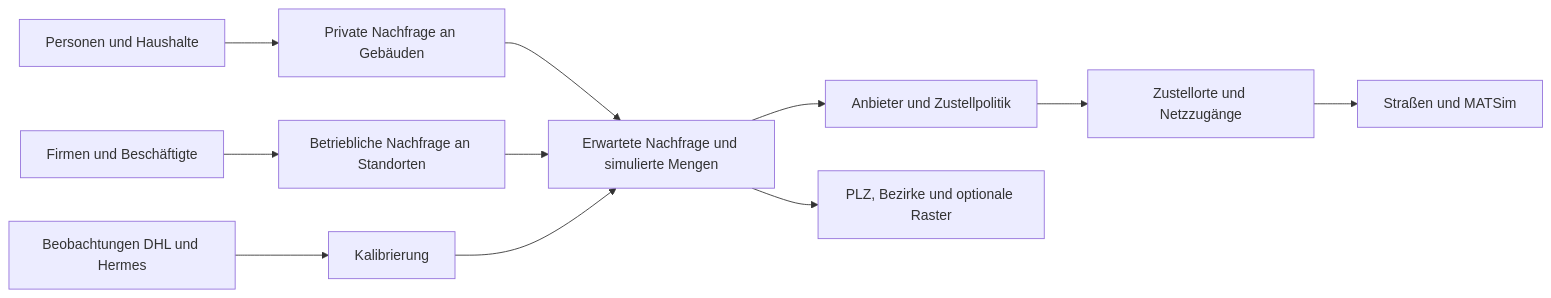
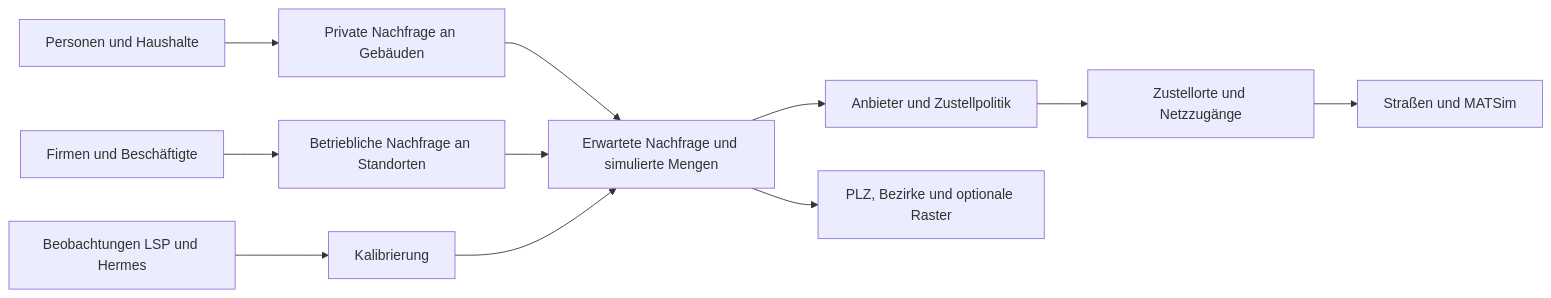
Before and after one commit to TUBS-IVS/HAGRID: the diagram in docs/demand/demand-audit/DESIGN.md, drawn with Mermaid. The commit also changed other lines of this file and 32 other files, not shown here.

````diff
--- a/docs/demand/demand-audit/DESIGN.md
+++ b/docs/demand/demand-audit/DESIGN.md
@@ -29,13 +29,13 @@
 ```mermaid
 flowchart LR
     P[Personen und Haushalte] --> R[Private Nachfrage an Gebäuden]
     C[Firmen und Beschäftigte] --> B[Betriebliche Nachfrage an Standorten]
     R --> D[Erwartete Nachfrage und simulierte Mengen]
     B --> D
-    O[Beobachtungen DHL und Hermes] --> K[Kalibrierung]
+    O[Beobachtungen LSP und Hermes] --> K[Kalibrierung]
     K --> D
     D --> A[Anbieter und Zustellpolitik]
     A --> Z[Zustellorte und Netzzugänge]
     Z --> S[Straßen und MATSim]
     D --> G[PLZ, Bezirke und optionale Raster]
 ```
````
